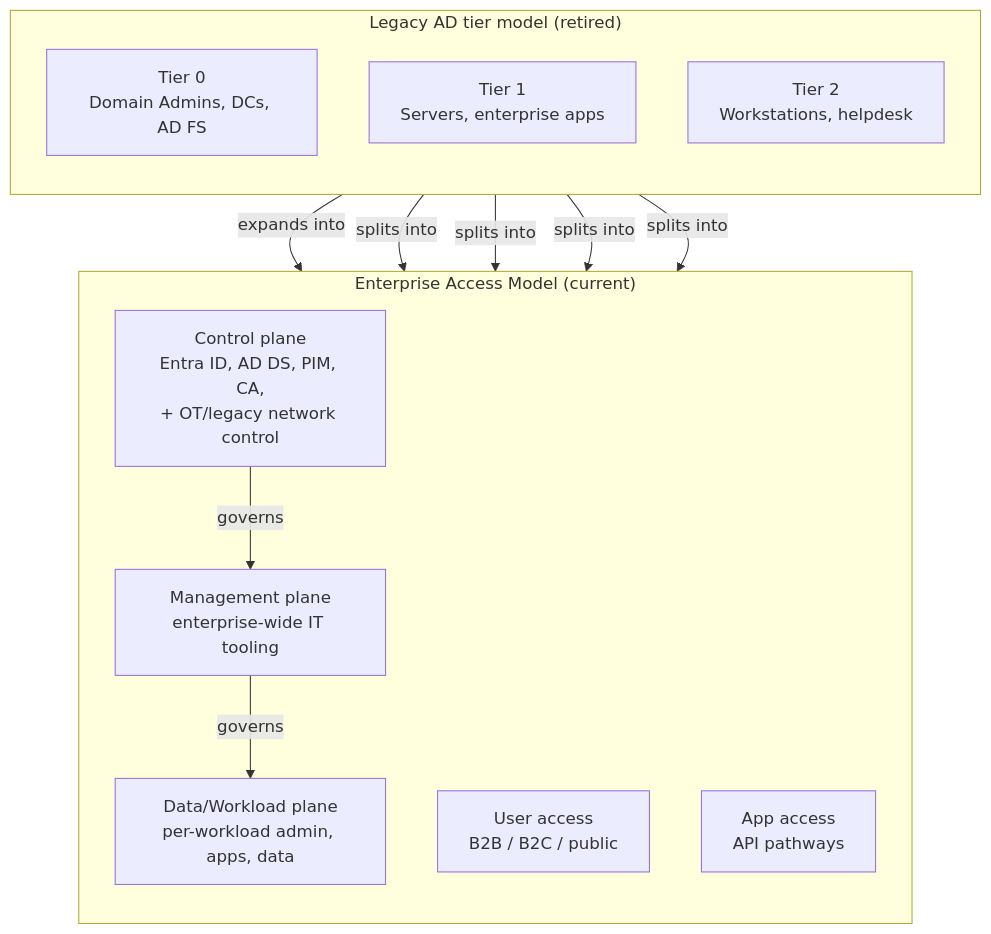
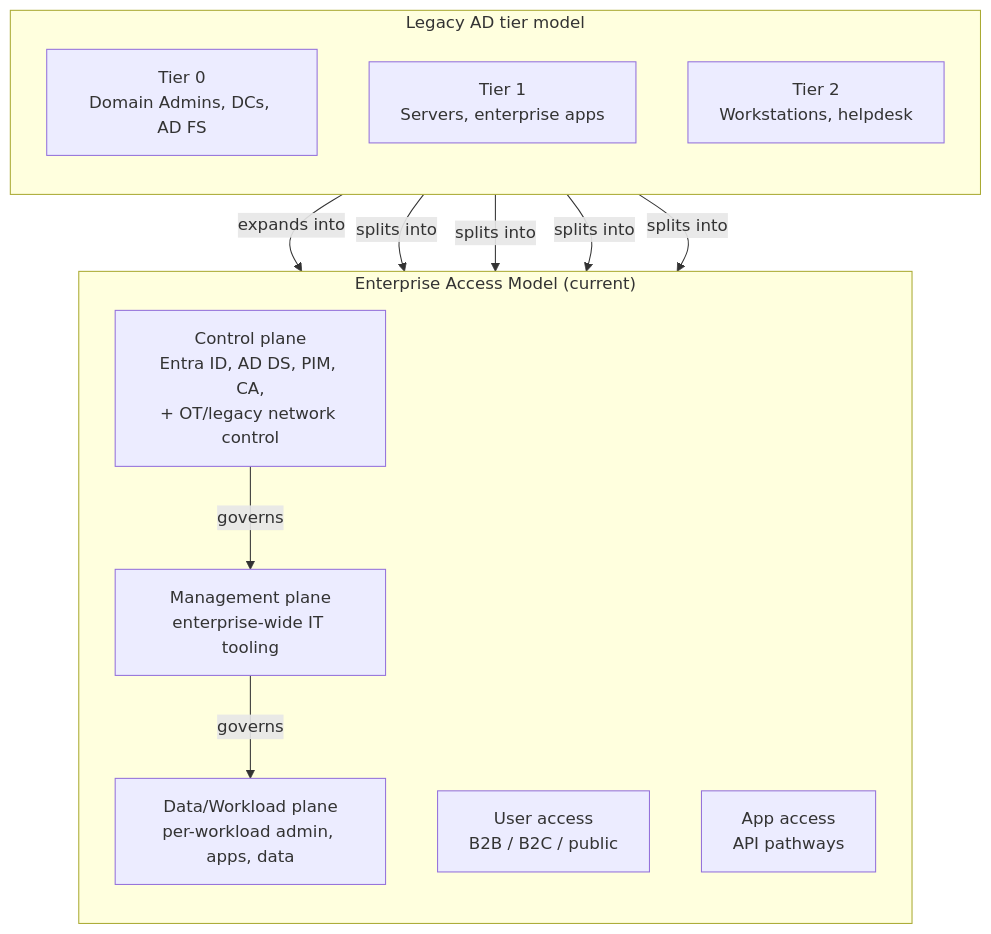
Before and after one commit to DhruvKai/SC-100: the first of 3 diagrams in 02 Identity/Privileged Access Tier Models.md, drawn with Mermaid. The commit also changed other lines of this file and 38 other files, not shown here.

First line of the commit message:
Add Sentinel TI connector/management, Administrative Units, OME/mail flow/SCEP/sensitivity labels, app lifecycle strategy and Synapse baseline notes

````diff
--- a/02 Identity/Privileged Access Tier Models.md
+++ b/02 Identity/Privileged Access Tier Models.md
@@ -53,27 +156,27 @@
 ```mermaid
 flowchart TD
-    subgraph Legacy["Legacy AD tier model (retired)"]
+    subgraph Legacy["Legacy AD tier model"]
         direction TB
         T0["Tier 0<br/>Domain Admins, DCs, AD FS"]
         T1["Tier 1<br/>Servers, enterprise apps"]
         T2["Tier 2<br/>Workstations, helpdesk"]
     end
 
     subgraph EAM["Enterprise Access Model (current)"]
         direction TB
         Control["Control plane<br/>Entra ID, AD DS, PIM, CA,<br/>+ OT/legacy network control"]
         Mgmt["Management plane<br/>enterprise-wide IT tooling"]
         Data["Data/Workload plane<br/>per-workload admin, apps, data"]
         UserAccess["User access<br/>B2B / B2C / public"]
         AppAccess["App access<br/>API pathways"]
     end
 
     T0 -->|expands into| Control
     T1 -->|splits into| Mgmt
     T1 -->|splits into| Data
     T2 -->|splits into| UserAccess
     T2 -->|splits into| AppAccess
 
     Control -->|governs| Mgmt
     Mgmt -->|governs| Data
 ```
````
